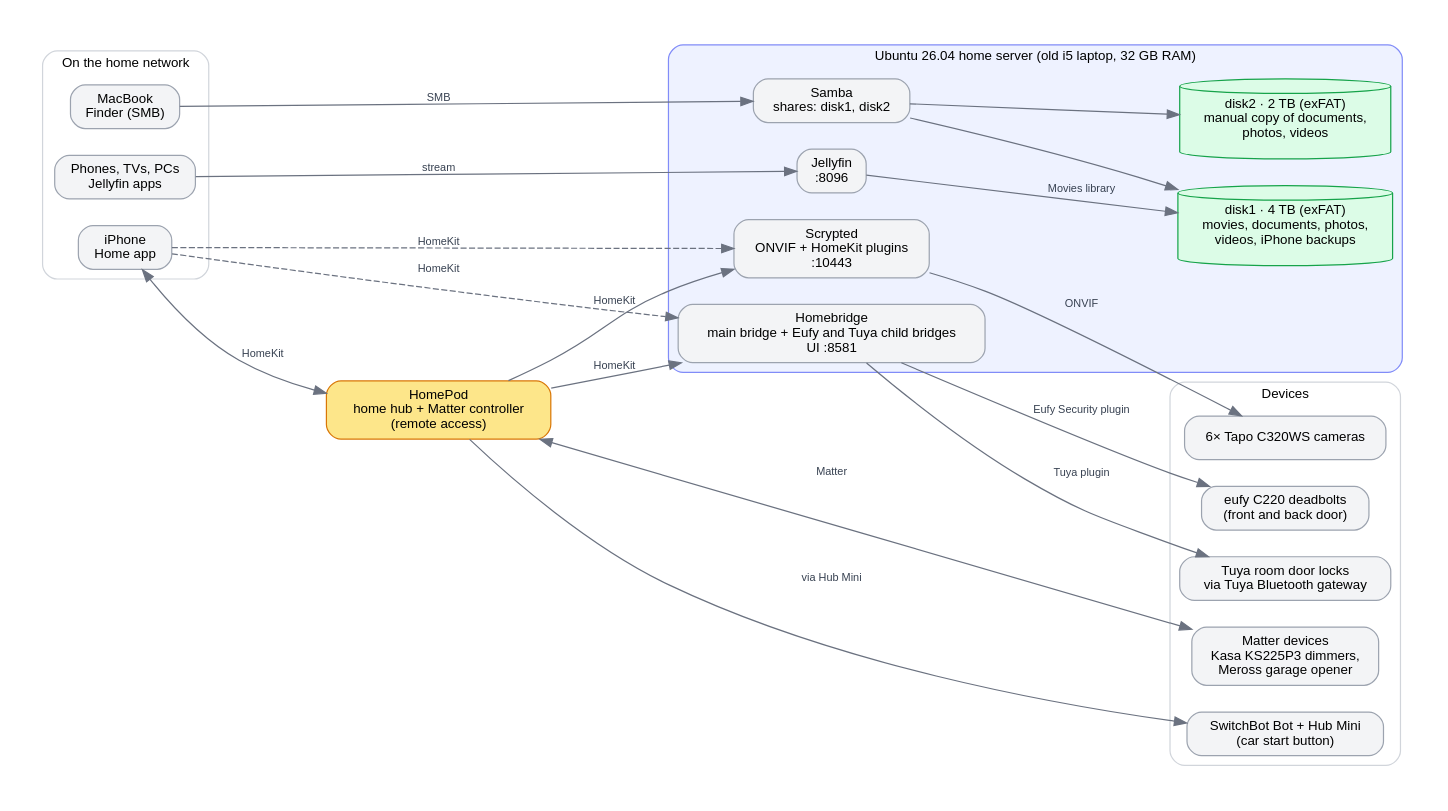
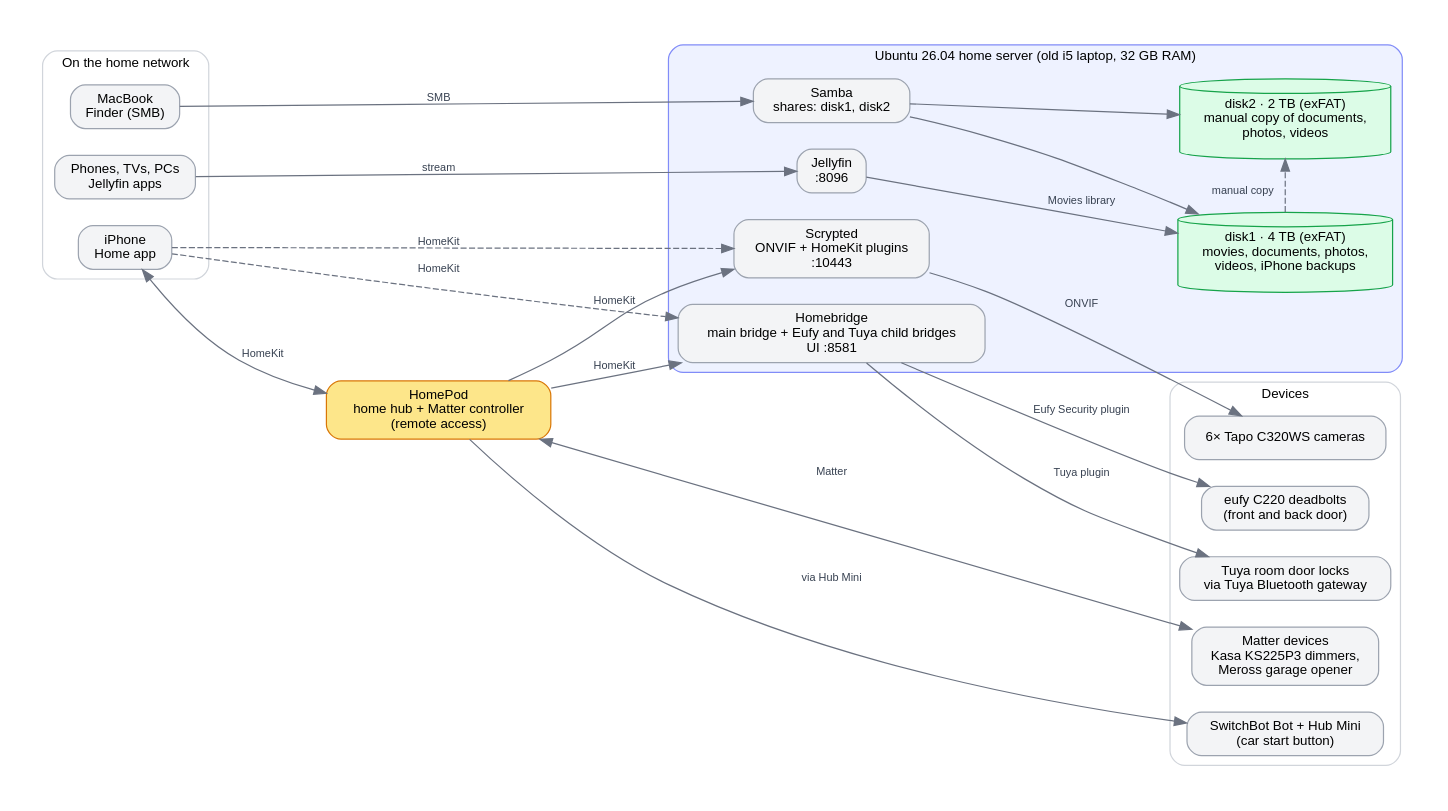
One commit to hanishjierdh256/home-server-setup changed the diagram in images/architecture.dot. Above: the diagram before and after it, drawn with Graphviz. The commit also changed 6 other files, not shown here.

Commit message:
added matter, car remote, roadmap and updated architecture

```diff
--- a/images/architecture.dot
+++ b/images/architecture.dot
@@ -1,52 +1,55 @@
 digraph home {
   graph [rankdir=LR, fontname="Helvetica", fontsize=12, pad=0.3, nodesep=0.30, ranksep=0.9, bgcolor="white", compound=true];
   node  [shape=box, style="rounded,filled", fontname="Helvetica", fontsize=11, fillcolor="#f3f4f6", color="#9ca3af", margin="0.14,0.08"];
   edge  [fontname="Helvetica", fontsize=9, color="#6b7280", fontcolor="#374151"];
 
   subgraph cluster_clients {
     label="On the home network"; fontsize=11; style="rounded"; color="#d1d5db";
     iphone [label="iPhone\nHome app"];
     mac    [label="MacBook\nFinder (SMB)"];
     media  [label="Phones, TVs, PCs\nJellyfin apps"];
   }
 
   homepod [label="HomePod\nhome hub + Matter controller\n(remote access)", fillcolor="#fde68a", color="#d97706"];
 
   subgraph cluster_server {
     label="Ubuntu 26.04 home server (old i5 laptop, 32 GB RAM)"; fontsize=11;
     style="rounded,filled"; fillcolor="#eef2ff"; color="#818cf8";
     samba [label="Samba\nshares: disk1, disk2"];
     jelly [label="Jellyfin\n:8096"];
     hb    [label="Homebridge\nmain bridge + Eufy and Tuya child bridges\nUI :8581"];
     scr   [label="Scrypted\nONVIF + HomeKit plugins\n:10443"];
     disk1 [label="disk1 · 4 TB (exFAT)\nmovies, documents, photos,\nvideos, iPhone backups", shape=cylinder, fillcolor="#dcfce7", color="#16a34a"];
     disk2 [label="disk2 · 2 TB (exFAT)\nmanual copy of documents,\nphotos, videos", shape=cylinder, fillcolor="#dcfce7", color="#16a34a"];
   }
 
   subgraph cluster_devices {
     label="Devices"; fontsize=11; style="rounded"; color="#d1d5db";
     eufy   [label="eufy C220 deadbolts\n(front and back door)"];
     tuya   [label="Tuya room door locks\nvia Tuya Bluetooth gateway"];
     tapo   [label="6× Tapo C320WS cameras"];
     matter [label="Matter devices\nKasa KS225P3 dimmers,\nMeross garage opener"];
     sb     [label="SwitchBot Bot + Hub Mini\n(car start button)"];
   }
 
   mac   -> samba [label="SMB"];
   samba -> disk1;
   samba -> disk2;
   media -> jelly [label="stream"];
   jelly -> disk1 [label="Movies library"];
 
+  // disk1 sits below disk2 in the same column, with the manual copy line between them
+  disk1 -> disk2 [style=dashed, xlabel="manual copy  ", constraint=false];
+
   iphone -> homepod [dir=both, label="HomeKit"];
   iphone -> hb  [label="HomeKit", style=dashed];
   iphone -> scr [label="HomeKit", style=dashed];
   homepod -> hb  [label="HomeKit"];
   homepod -> scr [label="HomeKit"];
   homepod -> matter [dir=both, label="Matter"];
   homepod -> sb [label="via Hub Mini"];
 
   hb  -> eufy [label="Eufy Security plugin"];
   hb  -> tuya [label="Tuya plugin"];
   scr -> tapo [label="ONVIF"];
 }
```
